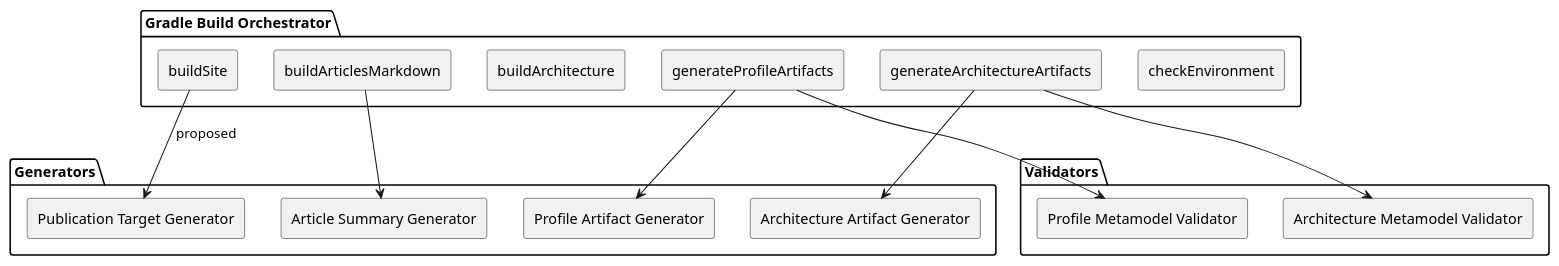
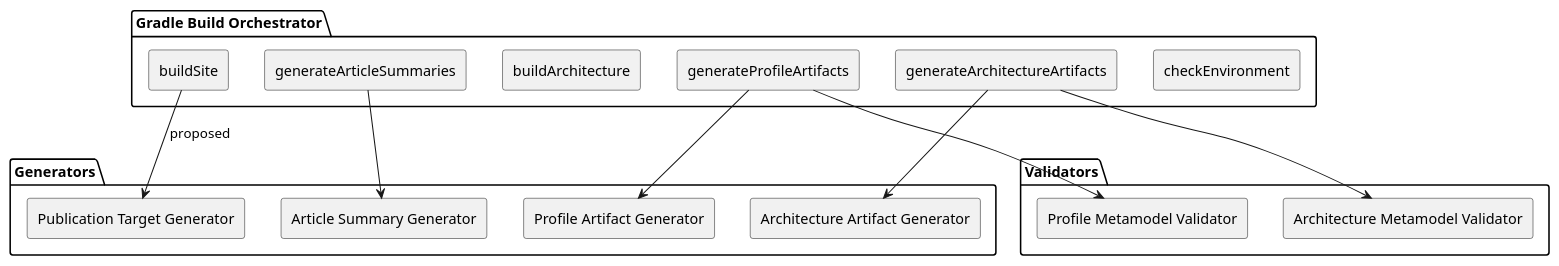
The third of 3 diagrams in src-content/docs/arc42/doc-05000-building-block-view.adoc (dieterbaier/profile), drawn with PlantUML before and after one commit. The commit also changed other lines of this file and 28 other files, not shown here.

First line of the commit message:
issue_130: Remove the article Markdown export

```diff
--- a/src-content/docs/arc42/doc-05000-building-block-view.adoc
+++ b/src-content/docs/arc42/doc-05000-building-block-view.adoc
@@ -117,34 +115,34 @@
 [plantuml]
 ----
 @startuml
 skinparam componentStyle rectangle
 
 package "Gradle Build Orchestrator" {
   [checkEnvironment]
   [buildSite]
-  [buildArticlesMarkdown]
+  [generateArticleSummaries]
   [buildArchitecture]
   [generateProfileArtifacts]
   [generateArchitectureArtifacts]
 }
 
 package "Validators" {
   [Architecture Metamodel Validator] as ArchitectureValidator
   [Profile Metamodel Validator] as ProfileValidator
 }
 
 package "Generators" {
   [Architecture Artifact Generator] as ArchitectureGenerator
   [Profile Artifact Generator] as ProfileGenerator
   [Article Summary Generator] as SummaryGenerator
   [Publication Target Generator] as TargetGenerator
 }
 
 [generateArchitectureArtifacts] --> ArchitectureValidator
 [generateArchitectureArtifacts] --> ArchitectureGenerator
 [generateProfileArtifacts] --> ProfileValidator
 [generateProfileArtifacts] --> ProfileGenerator
 [buildSite] --> TargetGenerator : proposed
-[buildArticlesMarkdown] --> SummaryGenerator
+[generateArticleSummaries] --> SummaryGenerator
 @enduml
 ----
```
